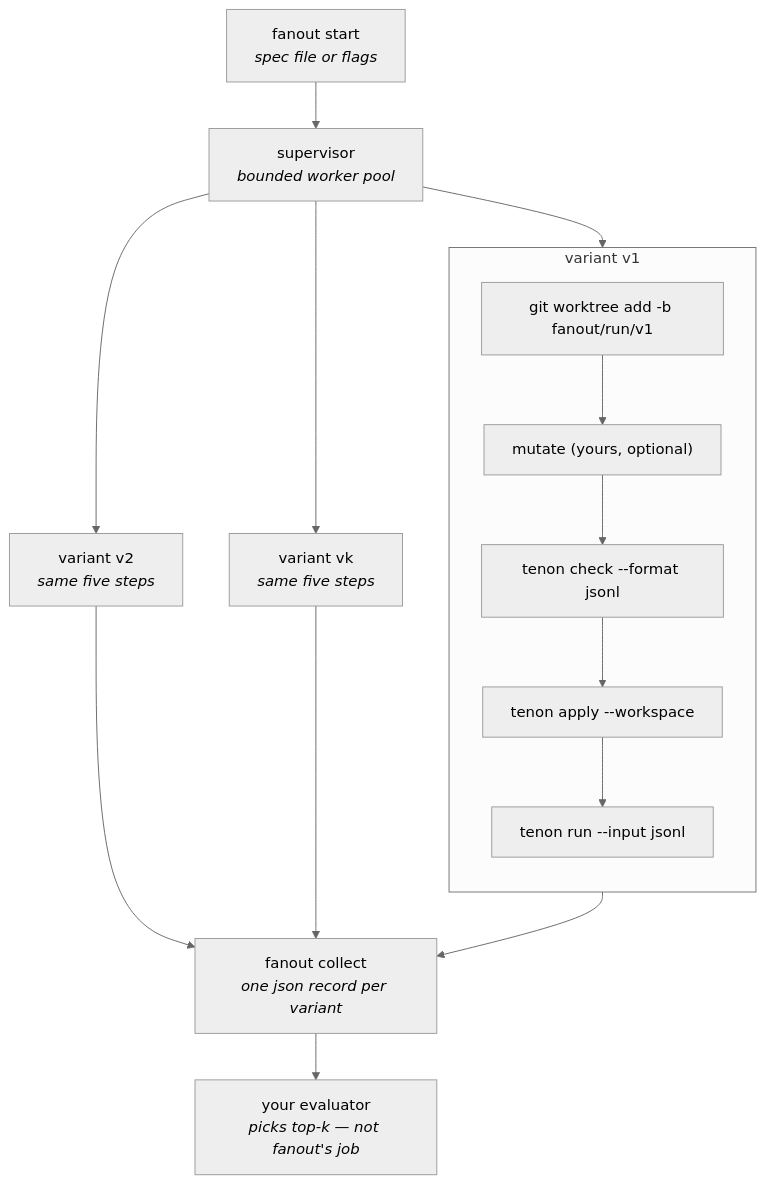
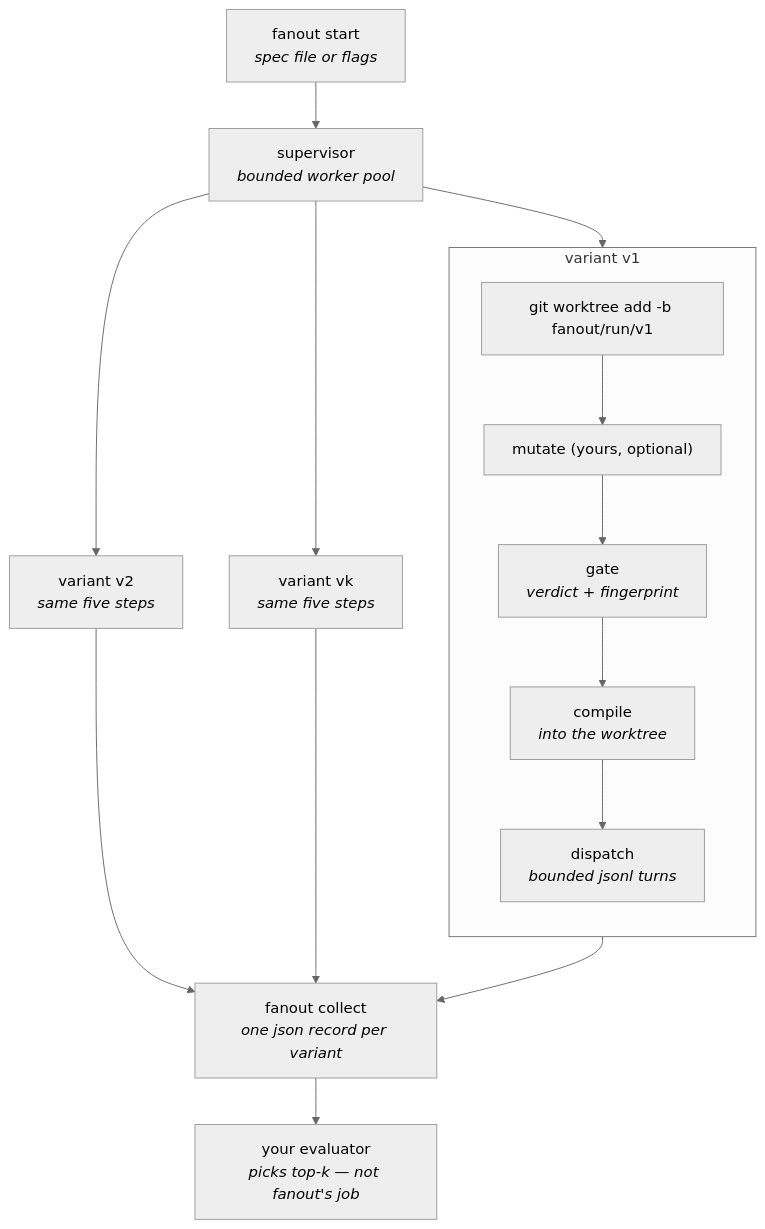
The diagram in improve/README.md (alee792/tenon), drawn with Mermaid (neutral theme) before and after one commit. The commit also changed other lines of this file and 7 other files, not shown here.

````diff
--- a/improve/README.md
+++ b/improve/README.md
@@ -27,23 +33,23 @@
 ```mermaid
 flowchart TD
     S["fanout start<br/><i>spec file or flags</i>"] --> SUP["supervisor<br/><i>bounded worker pool</i>"]
     SUP --> V1
     SUP --> V2
     SUP --> VK
 
     subgraph V1["variant v1"]
         direction TB
         A1["git worktree add -b fanout/run/v1"] --> B1["mutate (yours, optional)"]
-        B1 --> C1["tenon check --format jsonl"]
-        C1 --> D1["tenon apply --workspace"]
-        D1 --> E1["tenon run --input jsonl"]
+        B1 --> C1["gate<br/><i>verdict + fingerprint</i>"]
+        C1 --> D1["compile<br/><i>into the worktree</i>"]
+        D1 --> E1["dispatch<br/><i>bounded jsonl turns</i>"]
     end
 
     V2["variant v2<br/><i>same five steps</i>"]
     VK["variant vk<br/><i>same five steps</i>"]
 
     V1 --> C["fanout collect<br/><i>one json record per variant</i>"]
     V2 --> C
     VK --> C
     C --> SEL["your evaluator<br/><i>picks top-k — not fanout's job</i>"]
 ```
````
